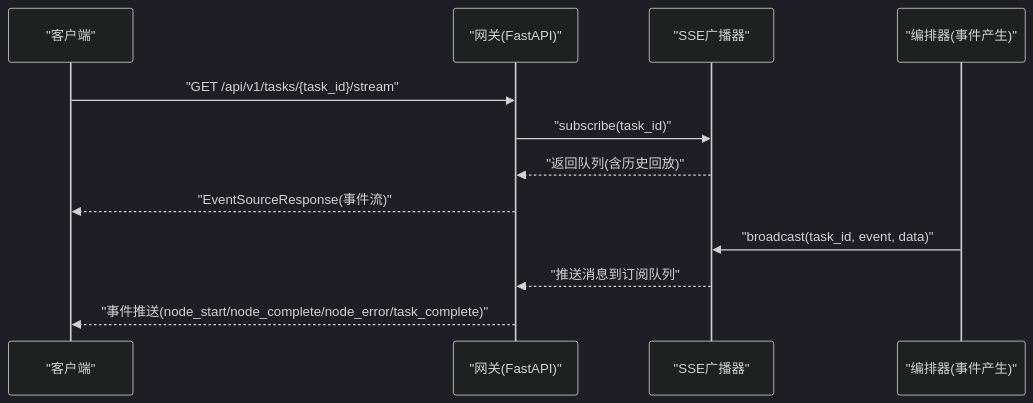
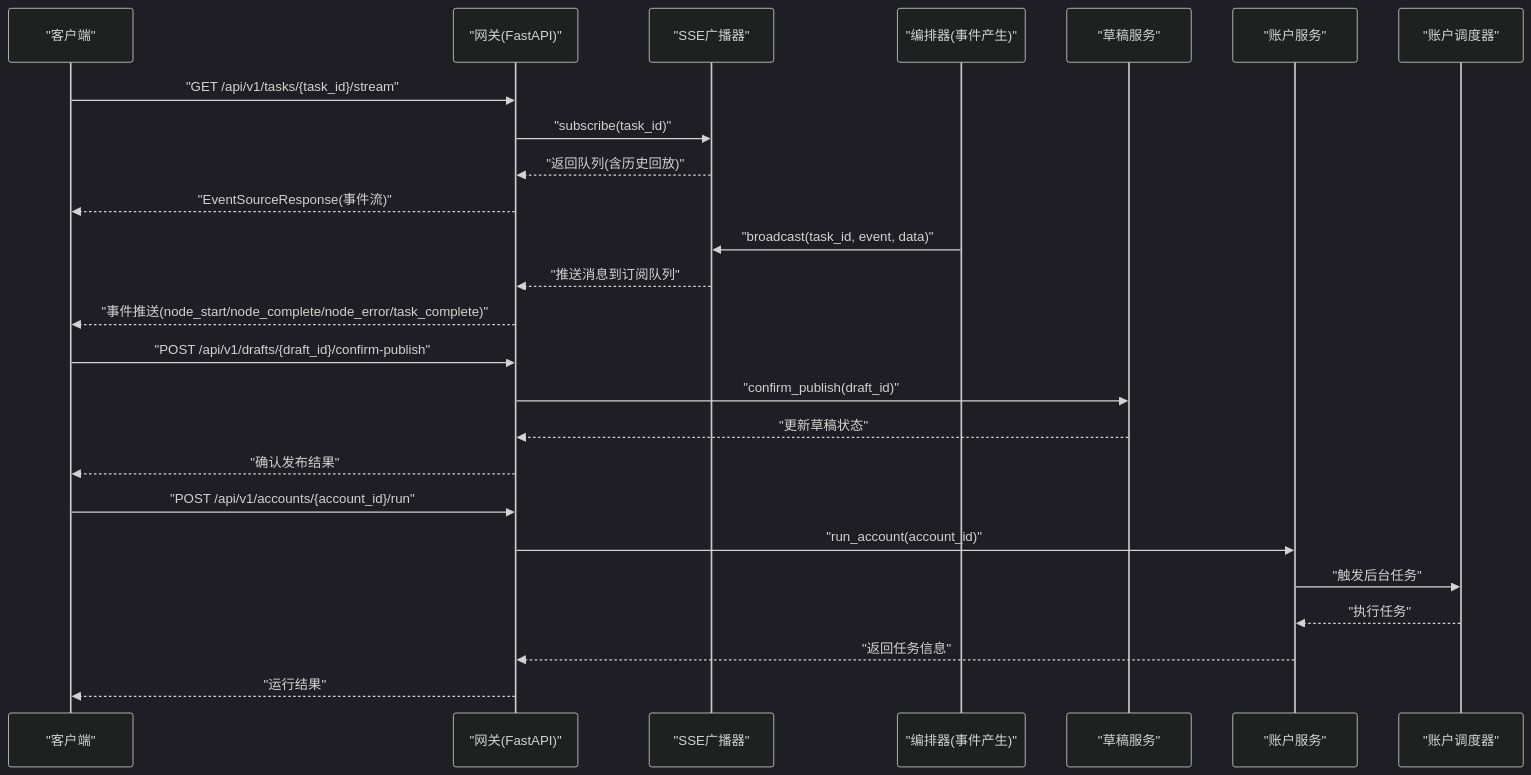
One commit to sansansansansan2022-web/hotclaw changed the second of 5 diagrams in .qoder/repowiki/zh/content/API接口文档/API接口文档.md. Above: the diagram before and after it, drawn with Mermaid (dark theme). The commit also changed other lines of this file and 44 other files, not shown here.

````diff
--- a/.qoder/repowiki/zh/content/API接口文档/API接口文档.md
+++ b/.qoder/repowiki/zh/content/API接口文档/API接口文档.md
@@ -93,14 +122,27 @@
 ```mermaid
 sequenceDiagram
 participant C as "客户端"
 participant G as "网关(FastAPI)"
 participant S as "SSE广播器"
 participant E as "编排器(事件产生)"
+participant DS as "草稿服务"
+participant AS as "账户服务"
+participant SCH as "账户调度器"
 C->>G : "GET /api/v1/tasks/{task_id}/stream"
 G->>S : "subscribe(task_id)"
 S-->>G : "返回队列(含历史回放)"
 G-->>C : "EventSourceResponse(事件流)"
 E->>S : "broadcast(task_id, event, data)"
 S-->>G : "推送消息到订阅队列"
 G-->>C : "事件推送(node_start/node_complete/node_error/task_complete)"
+C->>G : "POST /api/v1/drafts/{draft_id}/confirm-publish"
+G->>DS : "confirm_publish(draft_id)"
+DS-->>G : "更新草稿状态"
+G-->>C : "确认发布结果"
+C->>G : "POST /api/v1/accounts/{account_id}/run"
+G->>AS : "run_account(account_id)"
+AS->>SCH : "触发后台任务"
+SCH-->>AS : "执行任务"
+AS-->>G : "返回任务信息"
+G-->>C : "运行结果"
 ```
````
